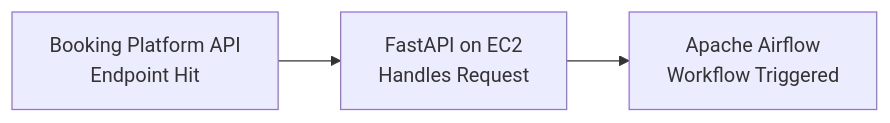
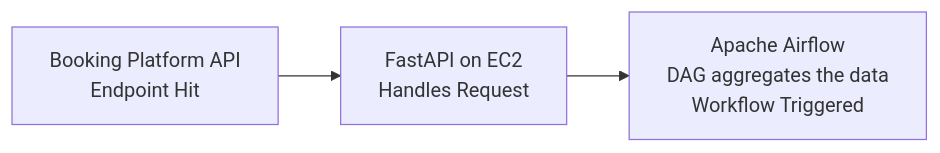
One commit to psgpyc/Data-Engineering-Pipeline-Restaurant-Reservation-Data-Management changed the second of 3 diagrams in README.md. Above: the diagram before and after it, drawn with Mermaid. The commit also changed other lines of this file, not shown here.

````diff
--- a/README.md
+++ b/README.md
@@ -67,5 +80,5 @@
 ```mermaid
 graph LR;
     A[Booking Platform API<br>Endpoint Hit] --> B[FastAPI on EC2<br>Handles Request];
-    B --> C[Apache Airflow<br>Workflow Triggered];
+    B --> C[Apache Airflow <br> DAG aggregates the data <br>Workflow Triggered];
 ```
````
